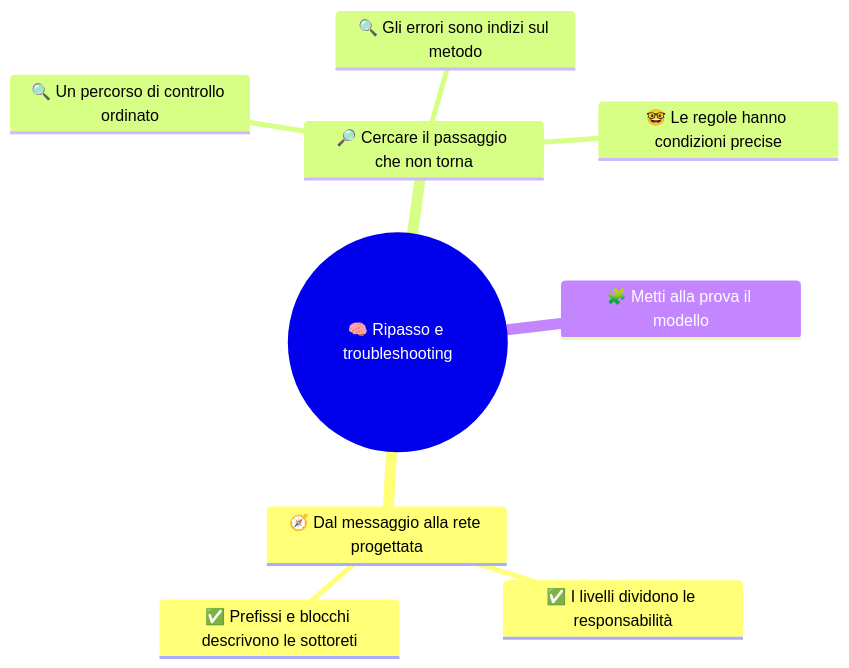
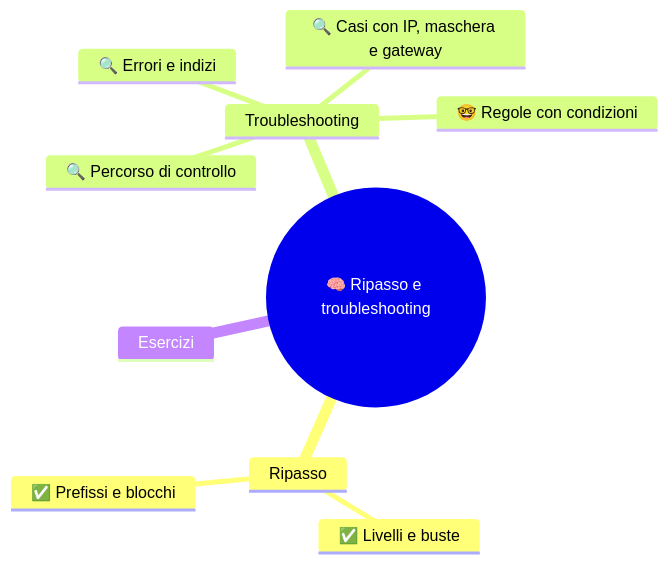
One commit to Neeqstock/dispense-caramuel changed the diagram in 4DI - Sistemi e Reti/1 SETT-OTT/(STU) 4DI sett-ott S7 - Ripasso e troubleshooting.md. Above: the diagram before and after it, drawn with Mermaid. The commit also changed other lines of this file and 19 other files, not shown here.

Commit message:
4DI, mermaid

````diff
--- a/4DI - Sistemi e Reti/1 SETT-OTT/(STU) 4DI sett-ott S7 - Ripasso e troubleshooting.md
+++ b/4DI - Sistemi e Reti/1 SETT-OTT/(STU) 4DI sett-ott S7 - Ripasso e troubleshooting.md
@@ -7,12 +13,13 @@
 ```mermaid
 mindmap
   root((🧠 Ripasso e troubleshooting))
-    🧭 Dal messaggio alla rete progettata
-      ✅ I livelli dividono le responsabilità
-      ✅ Prefissi e blocchi descrivono le sottoreti
-    🔎 Cercare il passaggio che non torna
-      🔍 Un percorso di controllo ordinato
-      🔍 Gli errori sono indizi sul metodo
-      🤓 Le regole hanno condizioni precise
-    🧩 Metti alla prova il modello
+    Ripasso
+      ✅ Livelli e buste
+      ✅ Prefissi e blocchi
+    Troubleshooting
+      🔍 Percorso di controllo
+      🔍 Errori e indizi
+      🔍 Casi con IP, maschera e gateway
+      🤓 Regole con condizioni
+    Esercizi
 ```
````
